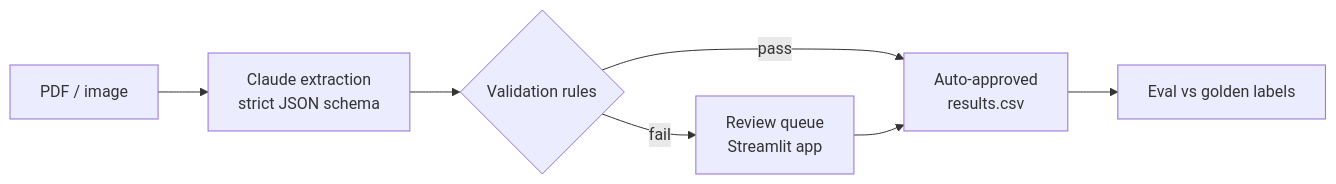
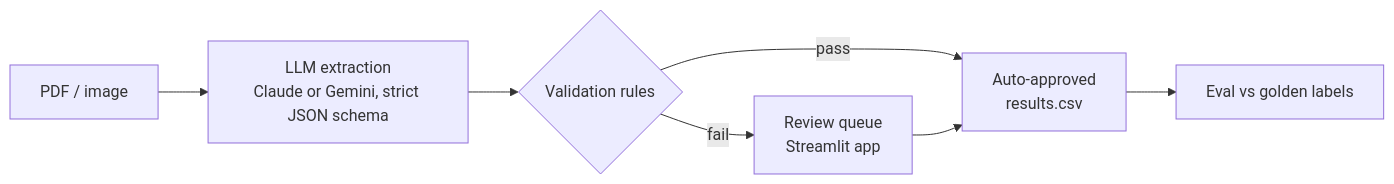
Before and after one commit to AI-WFox/ai-invoice-extractor: the diagram in README.md, drawn with Mermaid. The commit also changed other lines of this file and 5 other files, not shown here.

Commit message:
Add Gemini backend (free tier) alongside Claude (#2)

````diff
--- a/README.md
+++ b/README.md
@@ -32,9 +32,9 @@
 ```mermaid
 flowchart LR
-    A[PDF / image] --> B[Claude extraction<br/>strict JSON schema]
+    A[PDF / image] --> B[LLM extraction<br/>Claude or Gemini, strict JSON schema]
     B --> C{Validation rules}
     C -- pass --> D[Auto-approved<br/>results.csv]
     C -- fail --> E[Review queue<br/>Streamlit app]
     E --> D
     D --> F[Eval vs golden labels]
 ```
````
